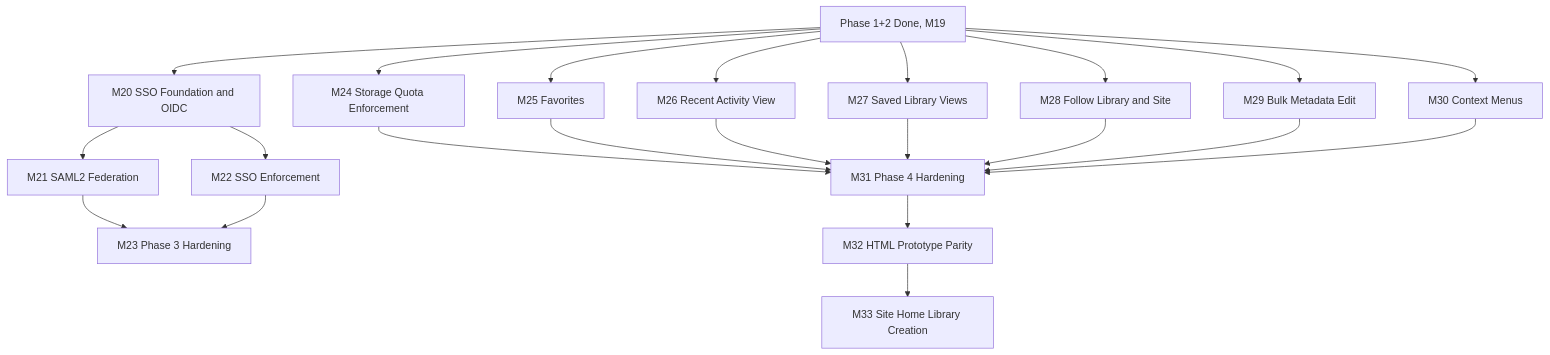
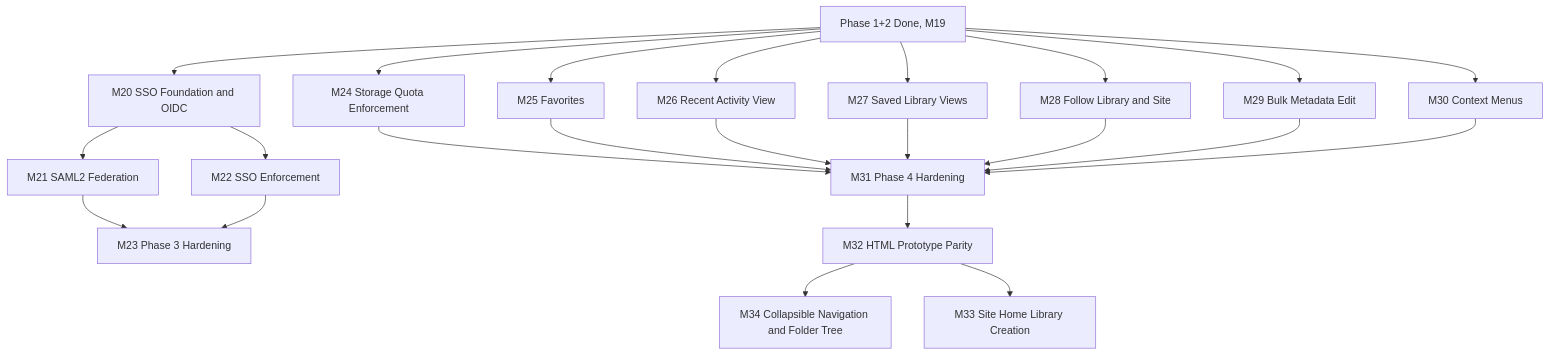
Before and after one commit to yanziyang/eDMS: the diagram in doc/ImplementationPlan V1.2.md, drawn with Mermaid. The commit also changed other lines of this file and 1 other file, not shown here.

````diff
--- a/doc/ImplementationPlan V1.2.md
+++ b/doc/ImplementationPlan V1.2.md
@@ -170,24 +171,25 @@
 ```mermaid
 graph TD
     P[Phase 1+2 Done, M19] --> M20[M20 SSO Foundation and OIDC]
     M20 --> M21[M21 SAML2 Federation]
     M20 --> M22[M22 SSO Enforcement]
     M21 --> M23[M23 Phase 3 Hardening]
     M22 --> M23
     P --> M24[M24 Storage Quota Enforcement]
     P --> M25[M25 Favorites]
     P --> M26[M26 Recent Activity View]
     P --> M27[M27 Saved Library Views]
     P --> M28[M28 Follow Library and Site]
     P --> M29[M29 Bulk Metadata Edit]
     P --> M30[M30 Context Menus]
     M24 --> M31[M31 Phase 4 Hardening]
     M25 --> M31
     M26 --> M31
     M27 --> M31
     M28 --> M31
     M29 --> M31
     M30 --> M31
     M31 --> M32[M32 HTML Prototype Parity]
+    M32 --> M34[M34 Collapsible Navigation and Folder Tree]
     M32 --> M33[M33 Site Home Library Creation]
 ```
````
